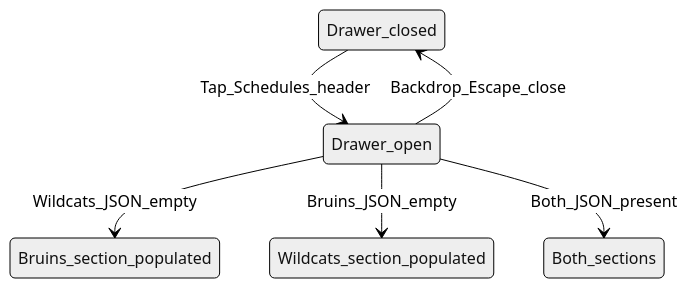
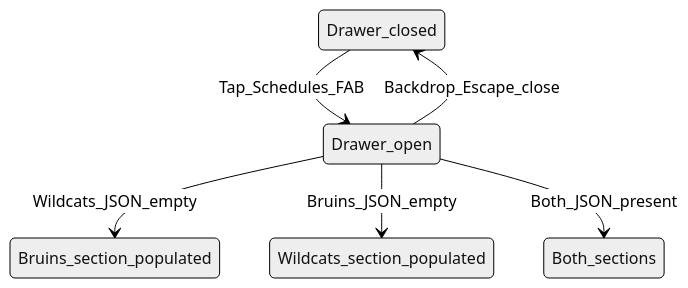
Before and after one commit to alexcat617/Tadpole: the diagram in projects/rink-radar/docs/flows/flow-e-schedules-companion.md, drawn with Mermaid (neutral theme). The commit also changed other lines of this file and 3 other files, not shown here.

First line of the commit message:
refactor(rink-radar): Schedules FAB and drawer Hype without blur

````diff
--- a/projects/rink-radar/docs/flows/flow-e-schedules-companion.md
+++ b/projects/rink-radar/docs/flows/flow-e-schedules-companion.md
@@ -19,15 +19,15 @@
 ```mermaid
 stateDiagram-v2
   direction TB
   closed: Drawer_closed
   open: Drawer_open
   bruinsOnly: Bruins_section_populated
   wildcatsOnly: Wildcats_section_populated
   both: Both_sections
 
-  closed --> open: Tap_Schedules_header
+  closed --> open: Tap_Schedules_FAB
   open --> closed: Backdrop_Escape_close
   open --> bruinsOnly: Wildcats_JSON_empty
   open --> wildcatsOnly: Bruins_JSON_empty
   open --> both: Both_JSON_present
 ```
````
